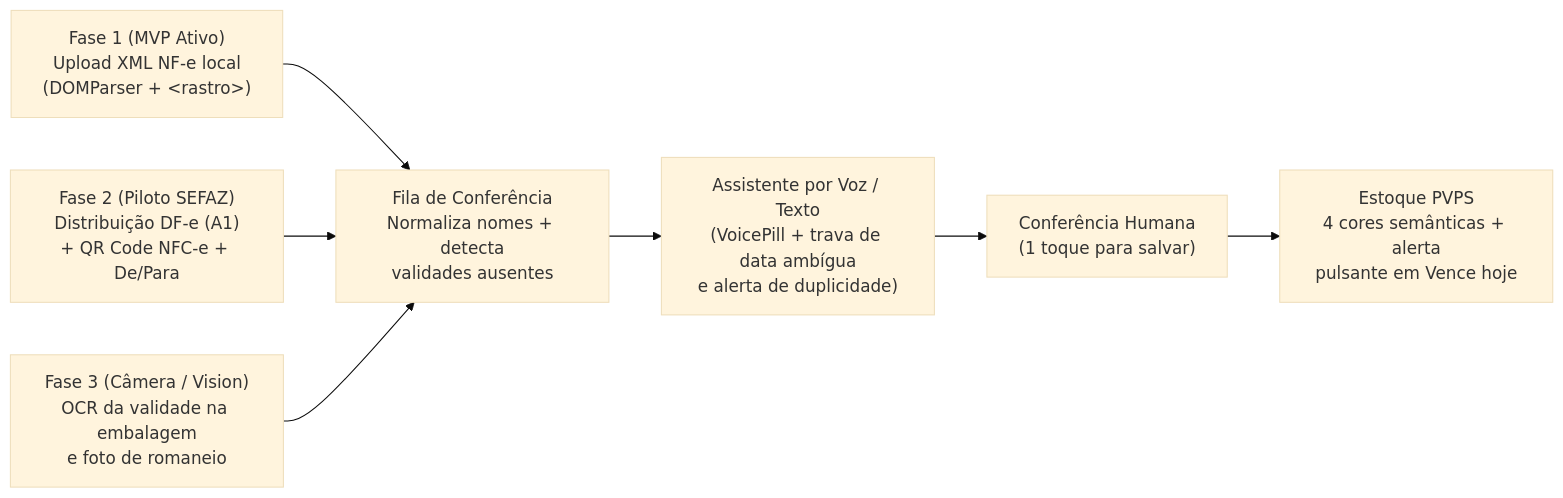
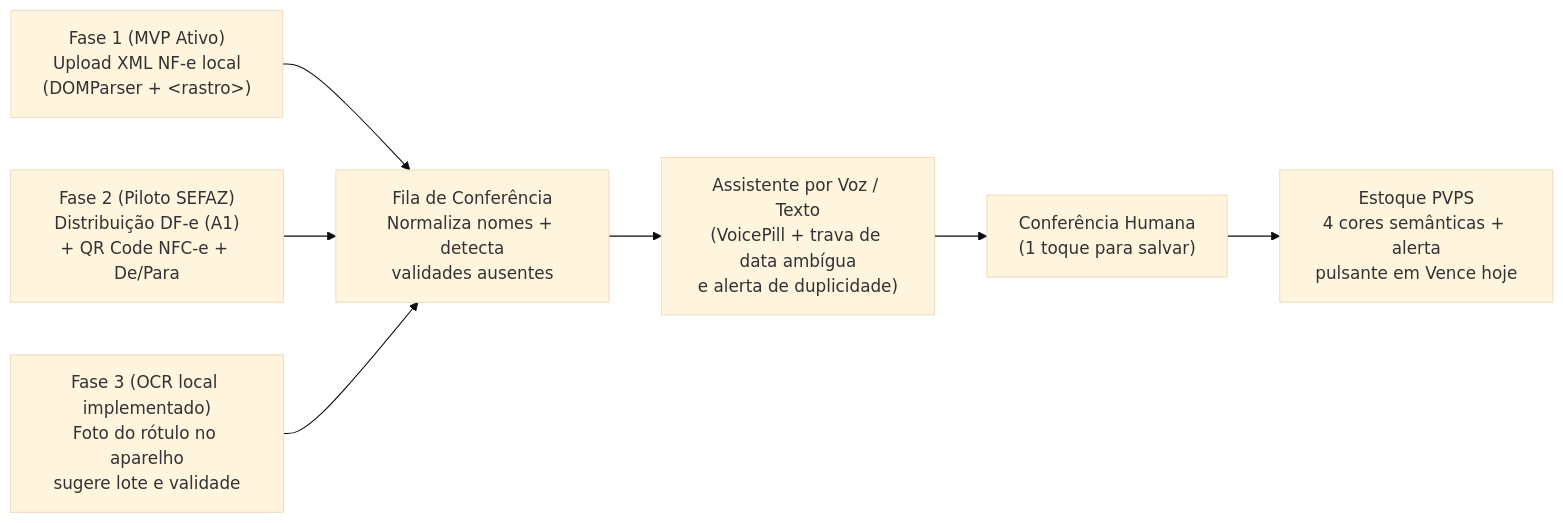
One commit to fabioboeingsantos/Sync changed the diagram in docs/futuras-implantacoes/integracao-notas-fiscais.md. Above: the diagram before and after it, drawn with Mermaid (base theme). The commit also changed other lines of this file and 21 other files, not shown here.

````diff
--- a/docs/futuras-implantacoes/integracao-notas-fiscais.md
+++ b/docs/futuras-implantacoes/integracao-notas-fiscais.md
@@ -25,9 +25,9 @@
 ```mermaid
 flowchart LR
     F1["Fase 1 (MVP Ativo)<br/>Upload XML NF-e local<br/>(DOMParser + &lt;rastro&gt;)"] --> A["Fila de Conferência<br/>Normaliza nomes + detecta<br/>validades ausentes"]
     F2["Fase 2 (Piloto SEFAZ)<br/>Distribuição DF-e (A1)<br/>+ QR Code NFC-e + De/Para"] --> A
-    F3["Fase 3 (Câmera / Vision)<br/>OCR da validade na embalagem<br/>e foto de romaneio"] --> A
+    F3["Fase 3 (OCR local implementado)<br/>Foto do rótulo no aparelho<br/>sugere lote e validade"] --> A
     A --> B["Assistente por Voz / Texto<br/>(VoicePill + trava de data ambígua<br/>e alerta de duplicidade)"]
     B --> C["Conferência Humana<br/>(1 toque para salvar)"]
     C --> D["Estoque PVPS<br/>4 cores semânticas + alerta<br/>pulsante em Vence hoje"]
 ```
````
